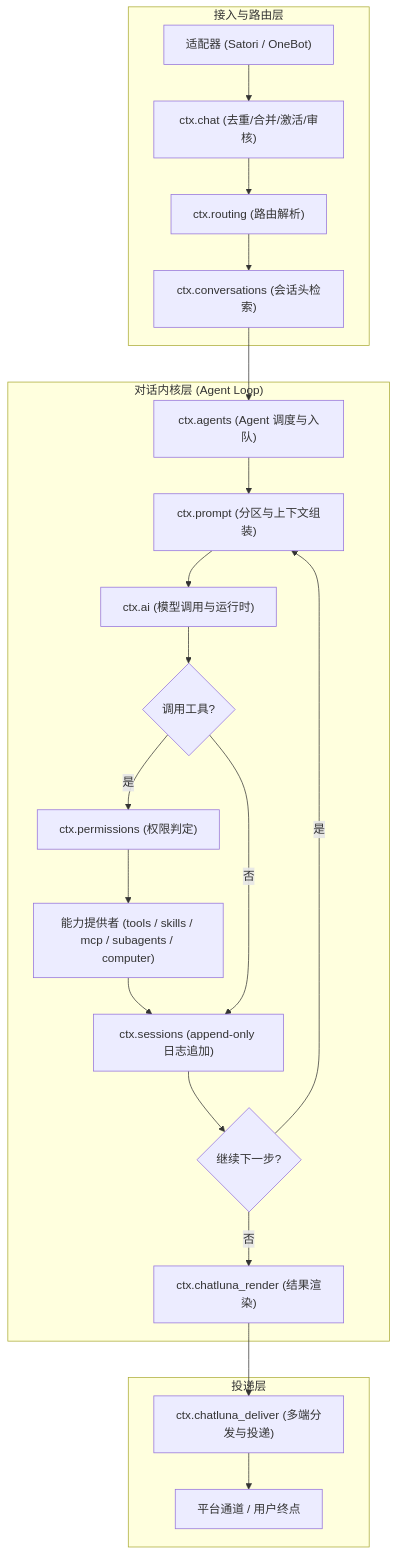
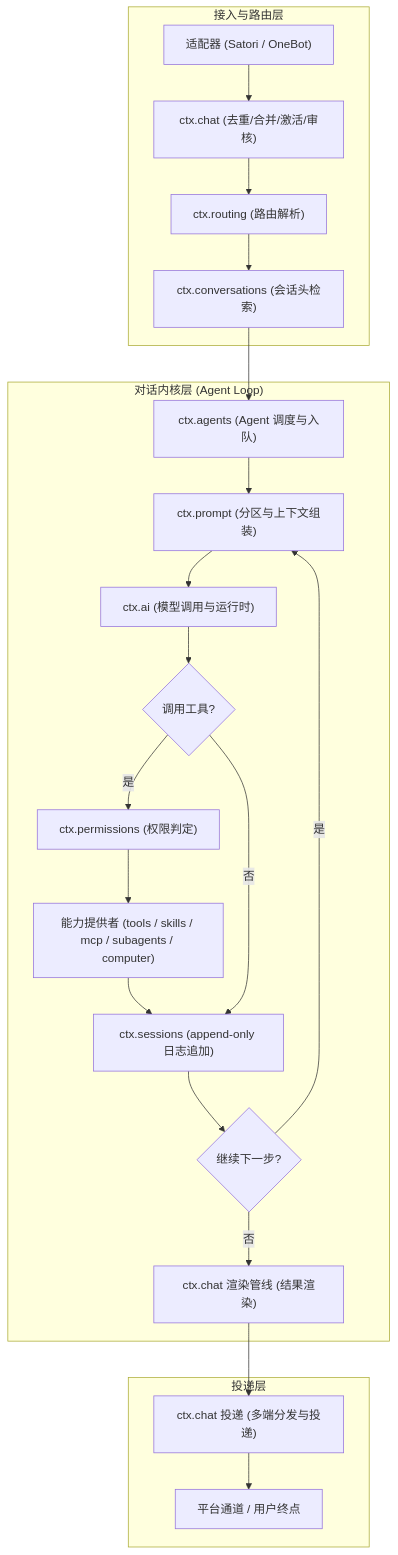
One commit to ChatLunaLab/doc changed the first of 2 diagrams in docs/architecture/index.md. Above: the diagram before and after it, drawn with Mermaid. The commit also changed other lines of this file and 12 other files, not shown here.

````diff
--- a/docs/architecture/index.md
+++ b/docs/architecture/index.md
@@ -15,27 +15,27 @@
 ```mermaid
 flowchart TB
     subgraph Ingress ["接入与路由层"]
         Adapter["适配器 (Satori / OneBot)"] --> ChatSvc["ctx.chat (去重/合并/激活/审核)"]
         ChatSvc --> RoutingSvc["ctx.routing (路由解析)"]
         RoutingSvc --> ConvSvc["ctx.conversations (会话头检索)"]
     end
 
     subgraph Kernel ["对话内核层 (Agent Loop)"]
         ConvSvc --> AgentSvc["ctx.agents (Agent 调度与入队)"]
         AgentSvc --> PromptSvc["ctx.prompt (分区与上下文组装)"]
         PromptSvc --> AISvc["ctx.ai (模型调用与运行时)"]
         AISvc --> CapabilityGate{"调用工具?"}
         CapabilityGate -- 是 --> PermSvc["ctx.permissions (权限判定)"]
         PermSvc --> CapSvc["能力提供者 (tools / skills / mcp / subagents / computer)"]
         CapSvc --> SessionLog["ctx.sessions (append-only 日志追加)"]
         CapabilityGate -- 否 --> SessionLog
         SessionLog --> StepNext{"继续下一步?"}
         StepNext -- 是 --> PromptSvc
-        StepNext -- 否 --> RenderSvc["ctx.chatluna_render (结果渲染)"]
+        StepNext -- 否 --> RenderSvc["ctx.chat 渲染管线 (结果渲染)"]
     end
 
     subgraph Egress ["投递层"]
-        RenderSvc --> DeliverSvc["ctx.chatluna_deliver (多端分发与投递)"]
+        RenderSvc --> DeliverSvc["ctx.chat 投递 (多端分发与投递)"]
         DeliverSvc --> SatoriTarget["平台通道 / 用户终点"]
     end
 ```
````
